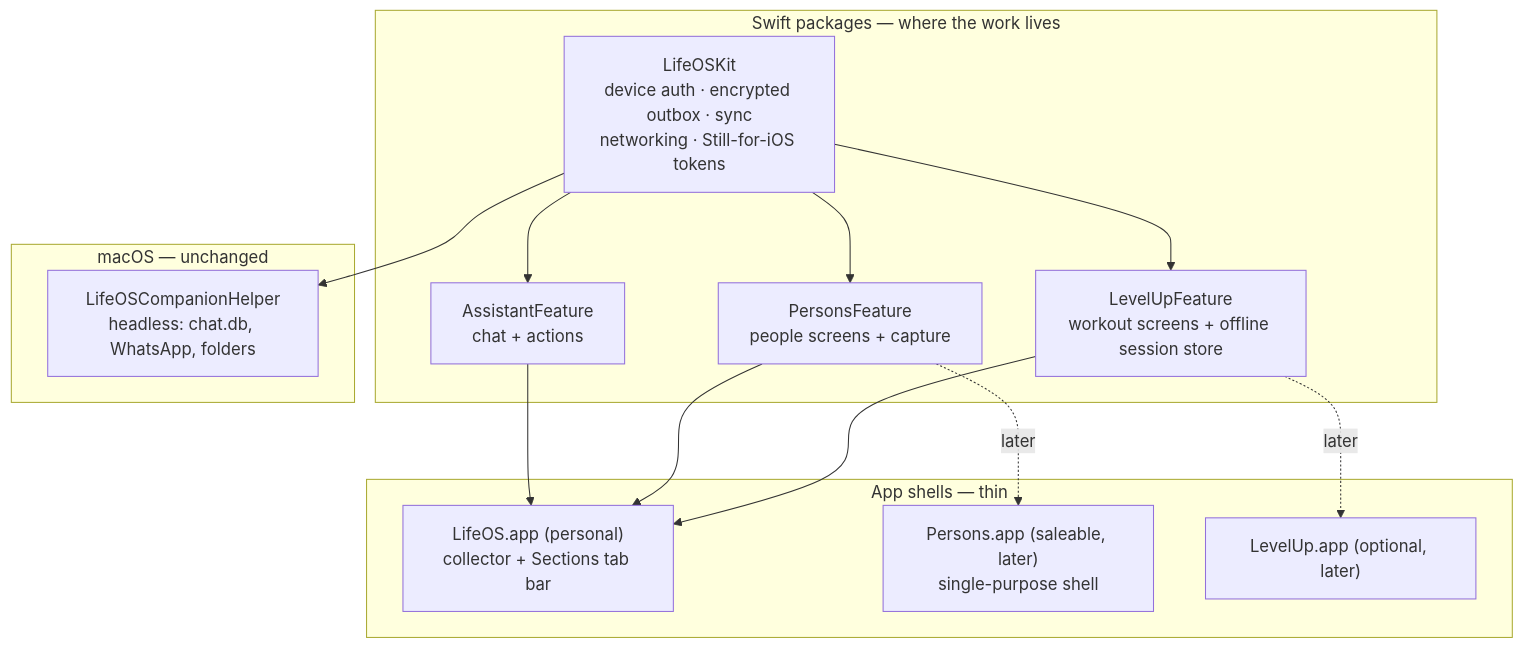
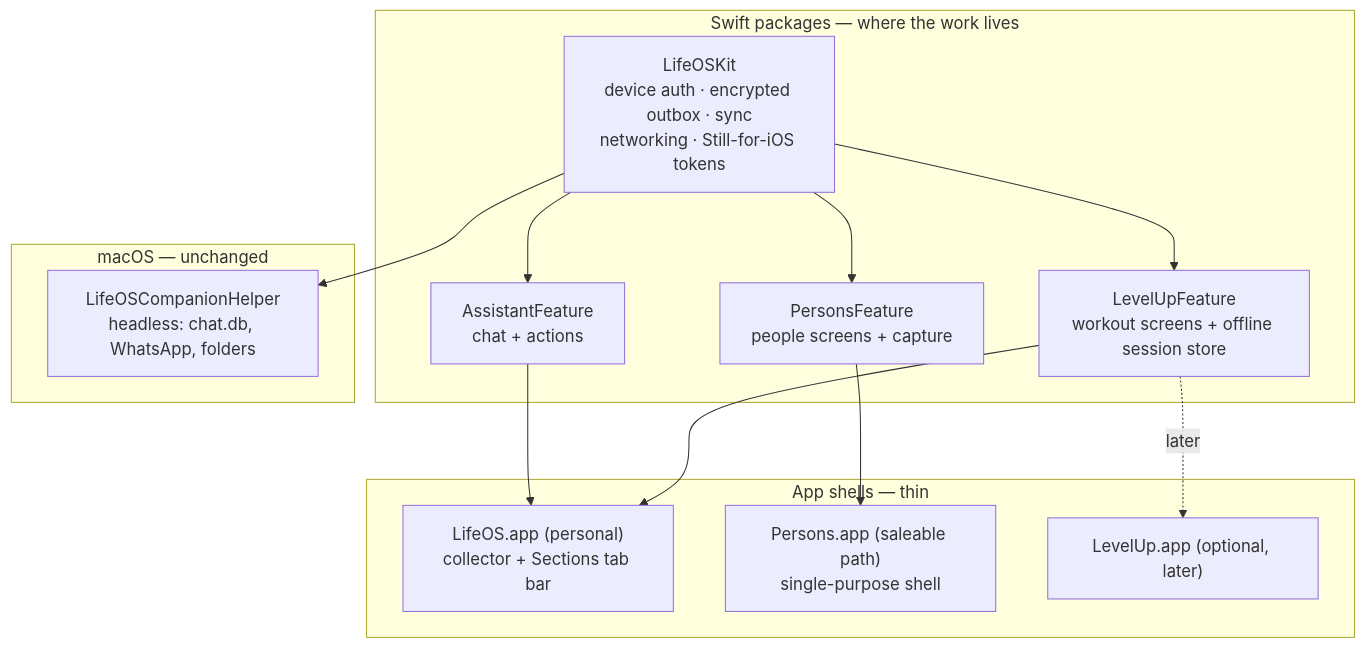
One commit to josephdfryer/life-os changed the diagram in docs/IOS_PLATFORM_PLAN.md. Above: the diagram before and after it, drawn with Mermaid. The commit also changed other lines of this file and 32 other files, not shown here.

````diff
--- a/docs/IOS_PLATFORM_PLAN.md
+++ b/docs/IOS_PLATFORM_PLAN.md
@@ -45,29 +59,28 @@
 ```mermaid
 flowchart TD
   subgraph Packages["Swift packages — where the work lives"]
     Kit["LifeOSKit\ndevice auth · encrypted outbox · sync\nnetworking · Still-for-iOS tokens"]
     LU["LevelUpFeature\nworkout screens + offline session store"]
     PF["PersonsFeature\npeople screens + capture"]
     AF["AssistantFeature\nchat + actions"]
   end
 
   subgraph Shells["App shells — thin"]
     LifeOS["LifeOS.app (personal)\ncollector + Sections tab bar"]
-    Persons["Persons.app (saleable, later)\nsingle-purpose shell"]
+    Persons["Persons.app (saleable path)\nsingle-purpose shell"]
     LevelUp["LevelUp.app (optional, later)"]
   end
 
   Kit --> LU
   Kit --> PF
   Kit --> AF
   LU --> LifeOS
-  PF --> LifeOS
   AF --> LifeOS
   LU -.later.-> LevelUp
-  PF -.later.-> Persons
+  PF --> Persons
 
   subgraph Mac["macOS — unchanged"]
     Helper["LifeOSCompanionHelper\nheadless: chat.db, WhatsApp, folders"]
   end
   Kit --> Helper
 ```
````
